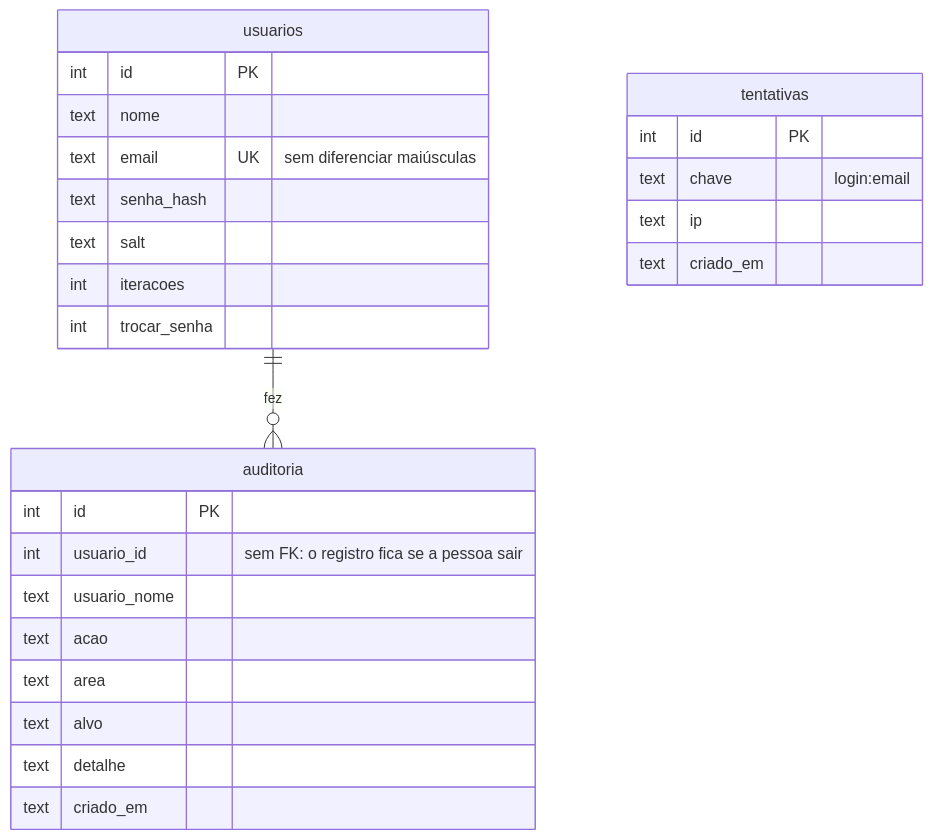
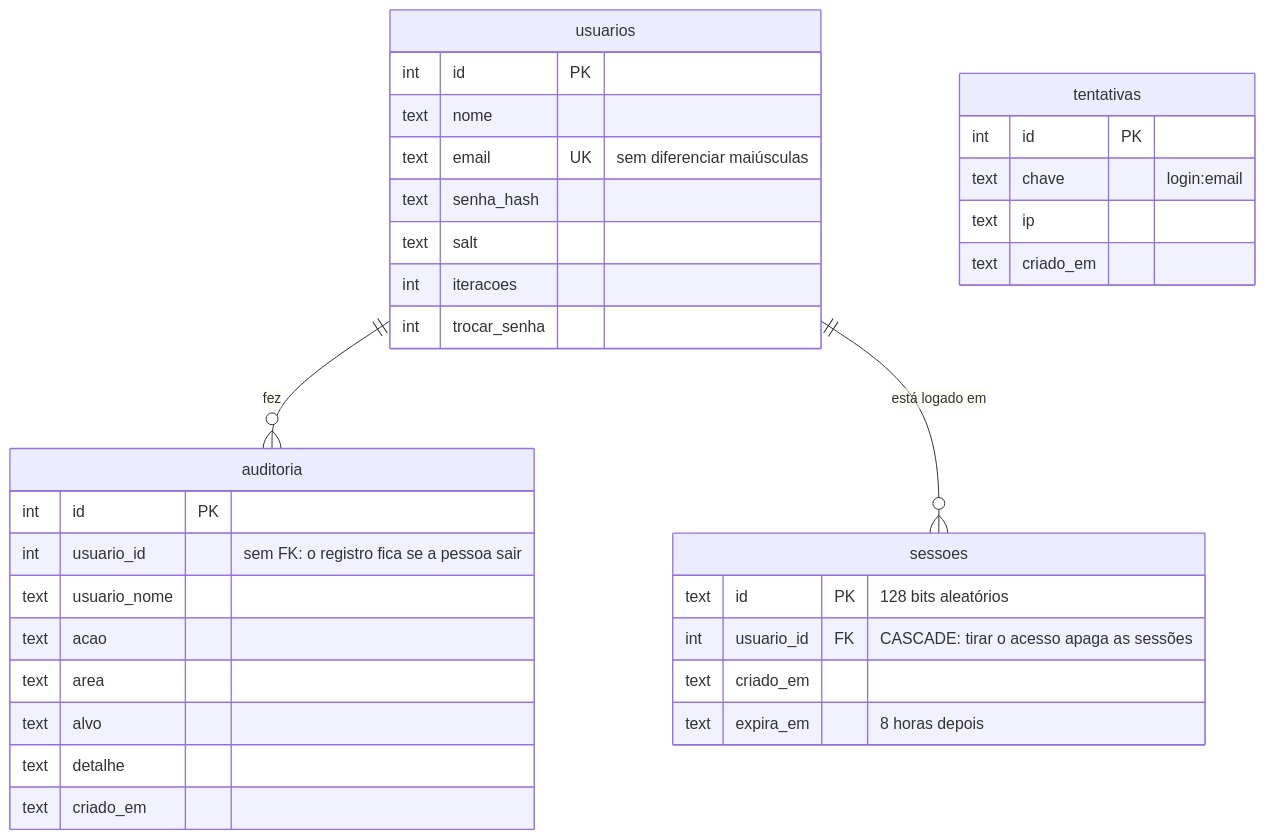
The second of 2 diagrams in docs/banco.md (Gustavo16378/stewer-site), drawn with Mermaid before and after one commit. The commit also changed other lines of this file and 3 other files, not shown here.

````diff
--- a/docs/banco.md
+++ b/docs/banco.md
@@ -101,29 +101,36 @@
 ```mermaid
 erDiagram
   usuarios ||--o{ auditoria : "fez"
+  usuarios ||--o{ sessoes : "está logado em"
   usuarios {
     int id PK
     text nome
     text email UK "sem diferenciar maiúsculas"
     text senha_hash
     text salt
     int iteracoes
     int trocar_senha
   }
   auditoria {
     int id PK
     int usuario_id "sem FK: o registro fica se a pessoa sair"
     text usuario_nome
     text acao
     text area
     text alvo
     text detalhe
     text criado_em
   }
+  sessoes {
+    text id PK "128 bits aleatórios"
+    int usuario_id FK "CASCADE: tirar o acesso apaga as sessões"
+    text criado_em
+    text expira_em "8 horas depois"
+  }
   tentativas {
     int id PK
     text chave "login:email"
     text ip
     text criado_em
   }
 ```
````
